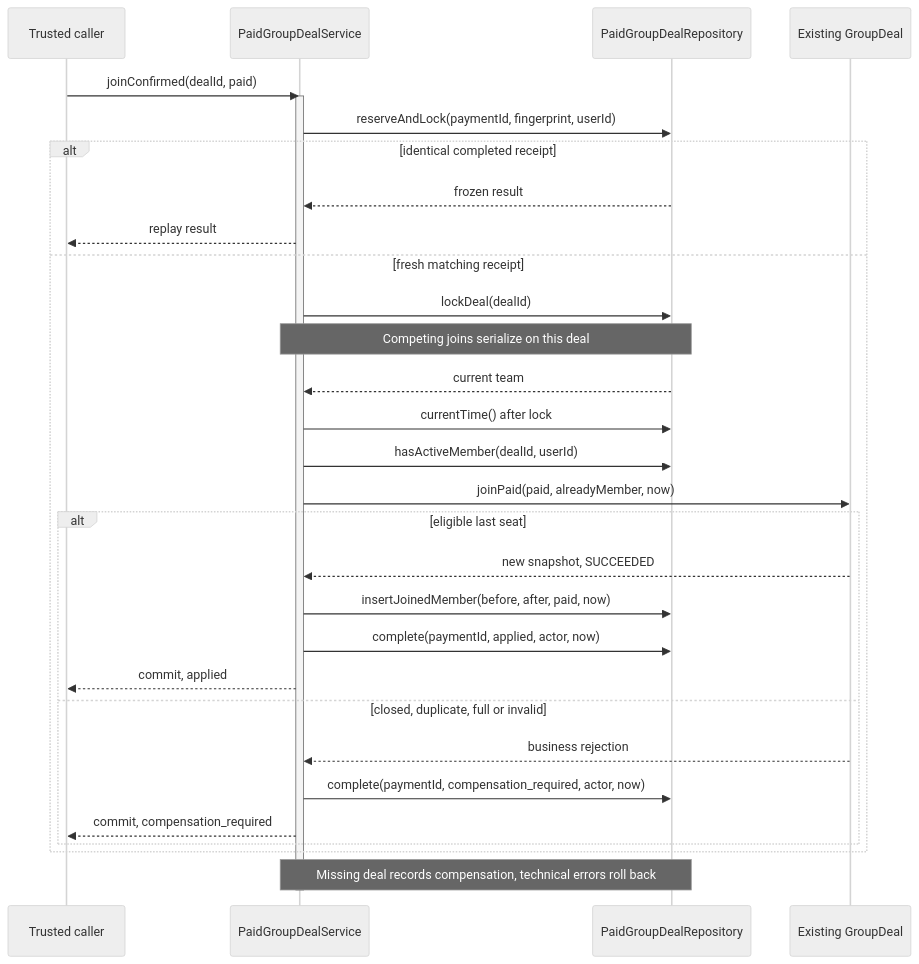
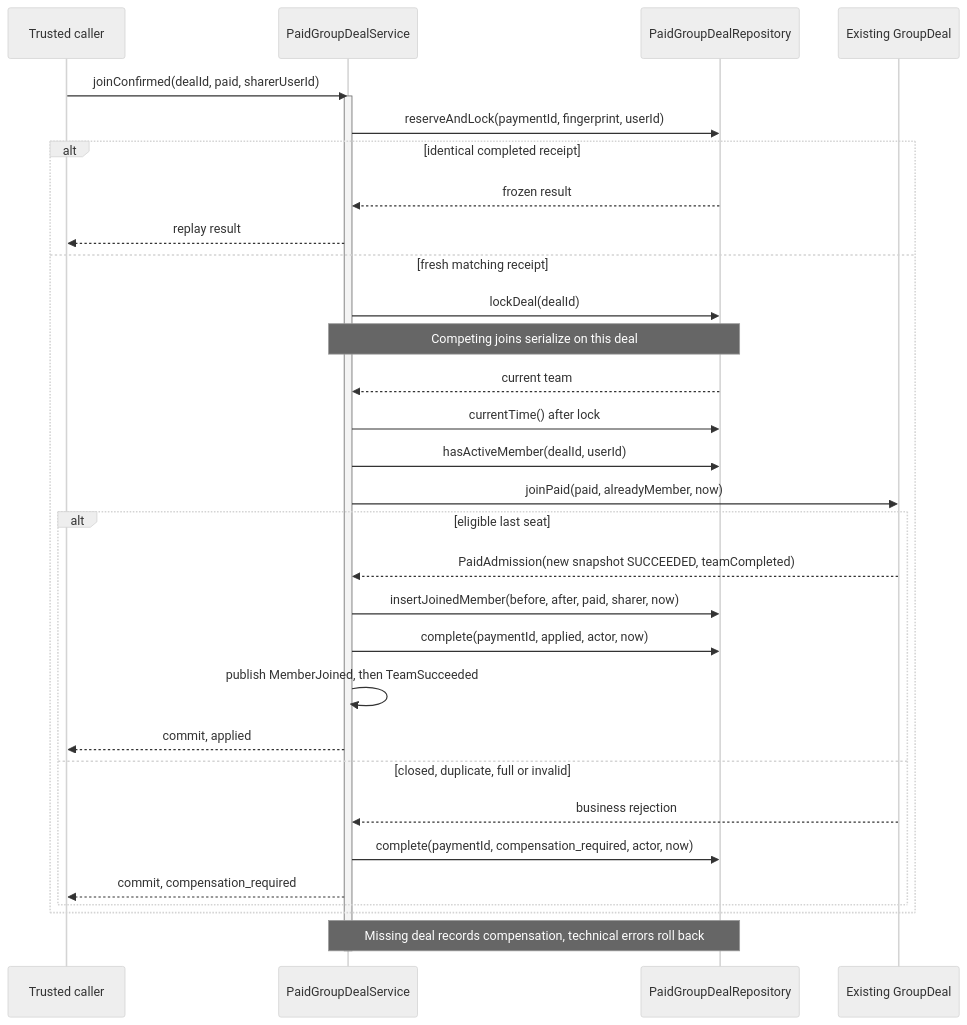
One commit to PPsyrius/iss-groupbuy-team8 changed the fifth of 5 diagrams in backend/docs/design/paid-group-participation.md. Above: the diagram before and after it, drawn with Mermaid (neutral theme). The commit also changed other lines of this file and 2 other files, not shown here.

Commit message:
docs(design): bring paid-group-participation up to date after #424

````diff
--- a/backend/docs/design/paid-group-participation.md
+++ b/backend/docs/design/paid-group-participation.md
@@ -295,33 +313,34 @@
 ```mermaid
 sequenceDiagram
     participant Caller as Trusted caller
     participant A as PaidGroupDealService
     participant R as PaidGroupDealRepository
     participant G as Existing GroupDeal
-    Caller->>A: joinConfirmed(dealId, paid)
+    Caller->>A: joinConfirmed(dealId, paid, sharerUserId)
     activate A
     A->>R: reserveAndLock(paymentId, fingerprint, userId)
     alt identical completed receipt
         R-->>A: frozen result
         A-->>Caller: replay result
     else fresh matching receipt
         A->>R: lockDeal(dealId)
         Note over A,R: Competing joins serialize on this deal
         R-->>A: current team
         A->>R: currentTime() after lock
         A->>R: hasActiveMember(dealId, userId)
         A->>G: joinPaid(paid, alreadyMember, now)
         alt eligible last seat
-            G-->>A: new snapshot, SUCCEEDED
-            A->>R: insertJoinedMember(before, after, paid, now)
+            G-->>A: PaidAdmission(new snapshot SUCCEEDED, teamCompleted)
+            A->>R: insertJoinedMember(before, after, paid, sharer, now)
             A->>R: complete(paymentId, applied, actor, now)
+            A->>A: publish MemberJoined, then TeamSucceeded
             A-->>Caller: commit, applied
         else closed, duplicate, full or invalid
             G-->>A: business rejection
             A->>R: complete(paymentId, compensation_required, actor, now)
             A-->>Caller: commit, compensation_required
         end
     end
     Note over A,R: Missing deal records compensation, technical errors roll back
     deactivate A
 ```
````
